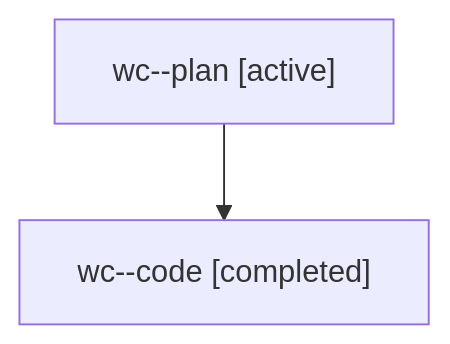
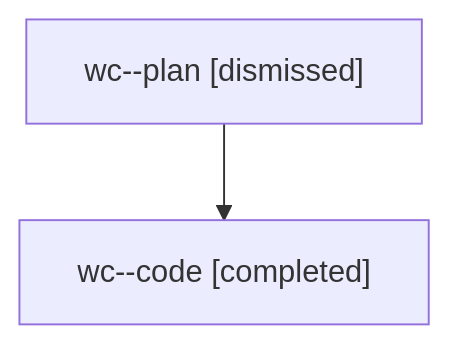
Before and after one commit to sase-org/sase--agents: the diagram in sessions/bbugyi200.athena.wc.md, drawn with Mermaid. The commit also changed other lines of this file and 24 other files, not shown here.

````diff
--- a/sessions/bbugyi200.athena.wc.md
+++ b/sessions/bbugyi200.athena.wc.md
@@ -9,6 +9,6 @@
 ```mermaid
 flowchart TD
-  n0["wc--plan [active]"]
+  n0["wc--plan [dismissed]"]
   n1["wc--code [completed]"]
   n0 --> n1
 ```
````
